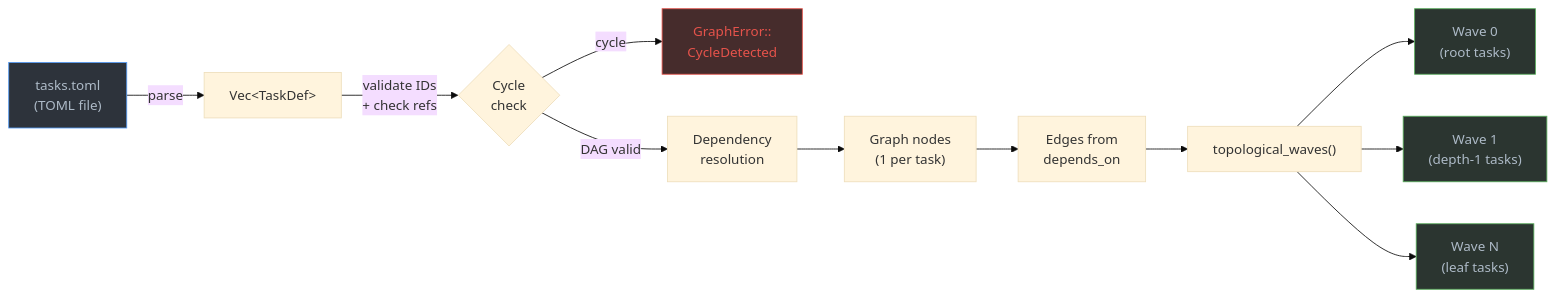
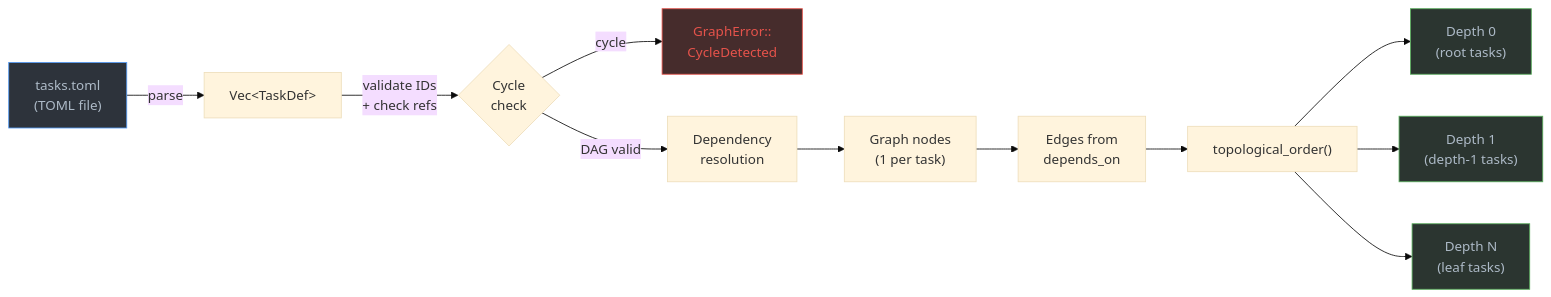
The second of 5 diagrams in docs/v3/04-EXECUTION.md (wpank/roko), drawn with Mermaid (base theme) before and after one commit. The commit also changed other lines of this file and 4 other files, not shown here.

First line of the commit message:
docs/v3: the Graph engine runs a ready queue, not wave by wave

````diff
--- a/docs/v3/04-EXECUTION.md
+++ b/docs/v3/04-EXECUTION.md
@@ -213,19 +214,19 @@
 ```mermaid
 flowchart LR
     A["tasks.toml<br/>(TOML file)"] -->|parse| B["Vec&lt;TaskDef&gt;"]
     B -->|validate IDs<br/>+ check refs| C{"Cycle<br/>check"}
     C -->|cycle| ERR["GraphError::<br/>CycleDetected"]
     C -->|DAG valid| D["Dependency<br/>resolution"]
     D --> E["Graph nodes<br/>(1 per task)"]
     E --> F["Edges from<br/>depends_on"]
-    F --> G["topological_waves()"]
-    G --> W0["Wave 0<br/>(root tasks)"]
-    G --> W1["Wave 1<br/>(depth-1 tasks)"]
-    G --> WN["Wave N<br/>(leaf tasks)"]
+    F --> G["topological_order()"]
+    G --> W0["Depth 0<br/>(root tasks)"]
+    G --> W1["Depth 1<br/>(depth-1 tasks)"]
+    G --> WN["Depth N<br/>(leaf tasks)"]
 
     style A fill:#2d333b,stroke:#539bf5,color:#adbac7
     style ERR fill:#462c2c,stroke:#e5534b,color:#e5534b
     style W0 fill:#2b3530,stroke:#57ab5a,color:#adbac7
     style W1 fill:#2b3530,stroke:#57ab5a,color:#adbac7
     style WN fill:#2b3530,stroke:#57ab5a,color:#adbac7
 ```
````
